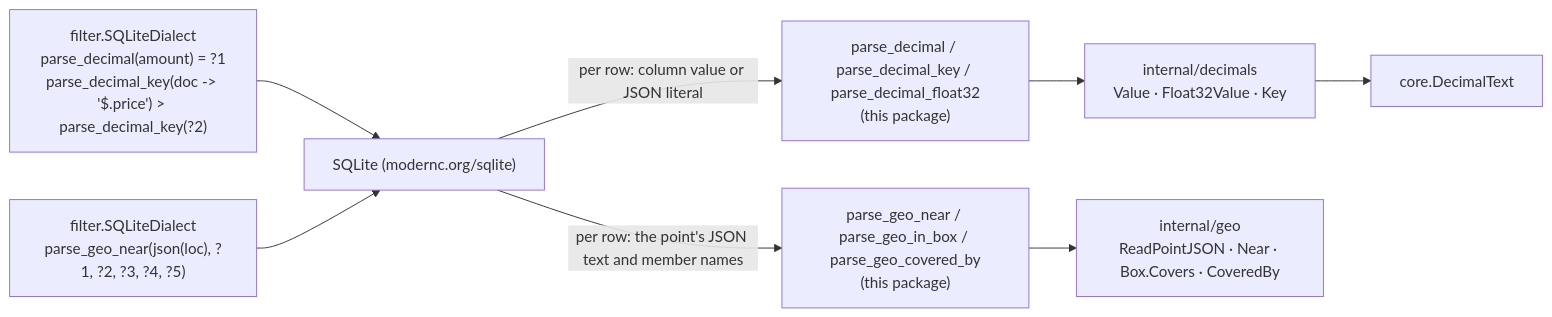
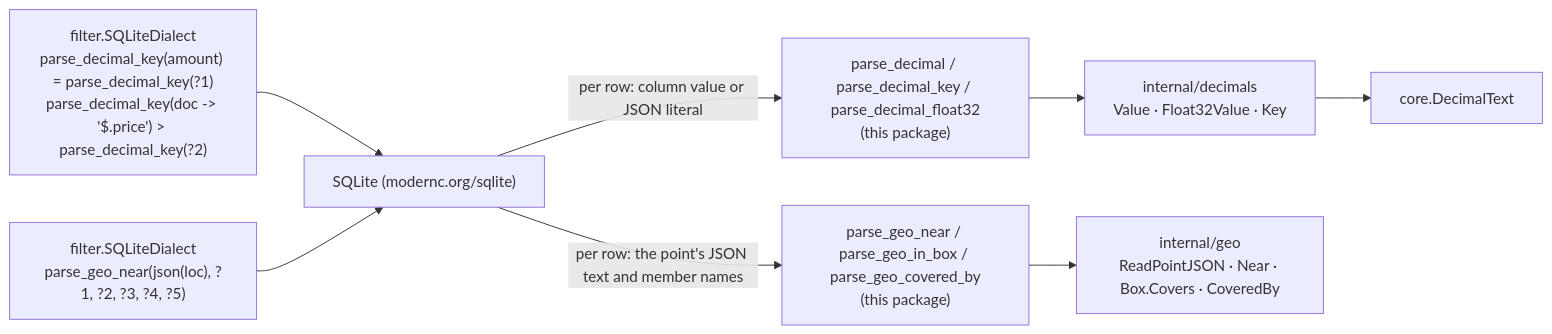
The diagram in parse/parsesqlite/README.md (ashtonian/pkg), drawn with Mermaid before and after one commit. The commit also changed other lines of this file and 10 other files, not shown here.

````diff
--- a/parse/parsesqlite/README.md
+++ b/parse/parsesqlite/README.md
@@ -20,10 +20,10 @@
 ```mermaid
 flowchart LR
-    plan["filter.SQLiteDialect<br/>parse_decimal(amount) = ?1<br/>parse_decimal_key(doc -> '$.price') > parse_decimal_key(?2)"] --> sqlite["SQLite (modernc.org/sqlite)"]
+    plan["filter.SQLiteDialect<br/>parse_decimal_key(amount) = parse_decimal_key(?1)<br/>parse_decimal_key(doc -> '$.price') > parse_decimal_key(?2)"] --> sqlite["SQLite (modernc.org/sqlite)"]
     sqlite -->|"per row: column value or JSON literal"| fns["parse_decimal / parse_decimal_key / parse_decimal_float32<br/>(this package)"]
     fns --> dec["internal/decimals<br/>Value · Float32Value · Key"]
     dec --> core["core.DecimalText"]
     geoplan["filter.SQLiteDialect<br/>parse_geo_near(json(loc), ?1, ?2, ?3, ?4, ?5)"] --> sqlite
     sqlite -->|"per row: the point's JSON text and member names"| geofns["parse_geo_near / parse_geo_in_box / parse_geo_covered_by<br/>(this package)"]
     geofns --> geo["internal/geo<br/>ReadPointJSON · Near · Box.Covers · CoveredBy"]
 ```
````
